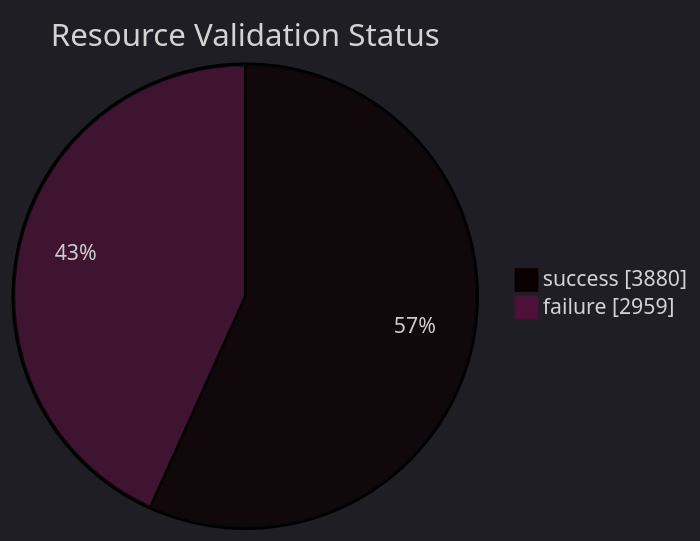
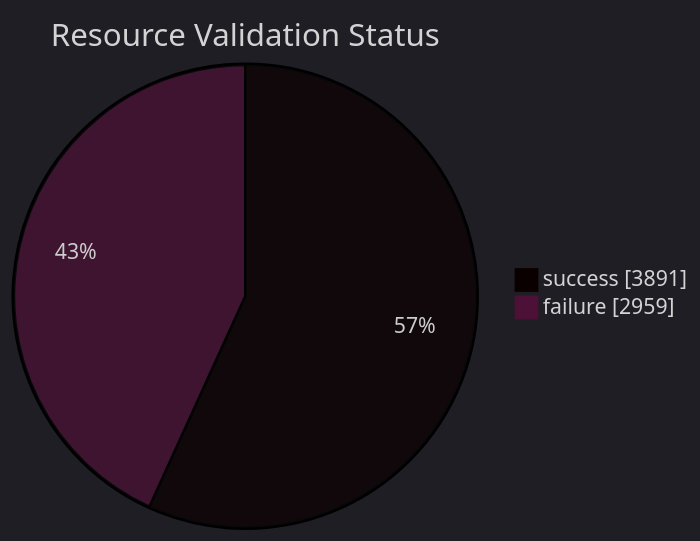
One commit to open-data/analytics-corporate-reporting changed the diagram in datastore_tracker/resource_validation_status_pie_chart.md. Above: the diagram before and after it, drawn with Mermaid. The commit also changed 9 other files, not shown here.

````diff
--- a/datastore_tracker/resource_validation_status_pie_chart.md
+++ b/datastore_tracker/resource_validation_status_pie_chart.md
@@ -2,9 +2,9 @@
 ```mermaid
 ---
 config:
   theme: dark
 ---
 pie showData title Resource Validation Status
-    "success": 3880
+    "success": 3891
     "failure": 2959
 ```
````
